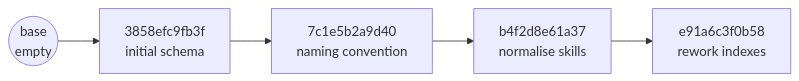
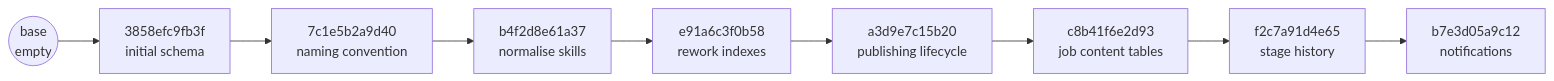
Before and after one commit to musman-se/smart-hire: the first of 2 diagrams in docs/MIGRATIONS.md, drawn with Mermaid. The commit also changed other lines of this file and 12 other files, not shown here.

````diff
--- a/docs/MIGRATIONS.md
+++ b/docs/MIGRATIONS.md
@@ -27,9 +27,13 @@
 ```mermaid
 flowchart LR
     base(("base<br/>empty"))
     r1["3858efc9fb3f<br/>initial schema"]
     r2["7c1e5b2a9d40<br/>naming convention"]
     r3["b4f2d8e61a37<br/>normalise skills"]
     r4["e91a6c3f0b58<br/>rework indexes"]
-    base --> r1 --> r2 --> r3 --> r4
+    r5["a3d9e7c15b20<br/>publishing lifecycle"]
+    r6["c8b41f6e2d93<br/>job content tables"]
+    r7["f2c7a91d4e65<br/>stage history"]
+    r8["b7e3d05a9c12<br/>notifications"]
+    base --> r1 --> r2 --> r3 --> r4 --> r5 --> r6 --> r7 --> r8
 ```
````
